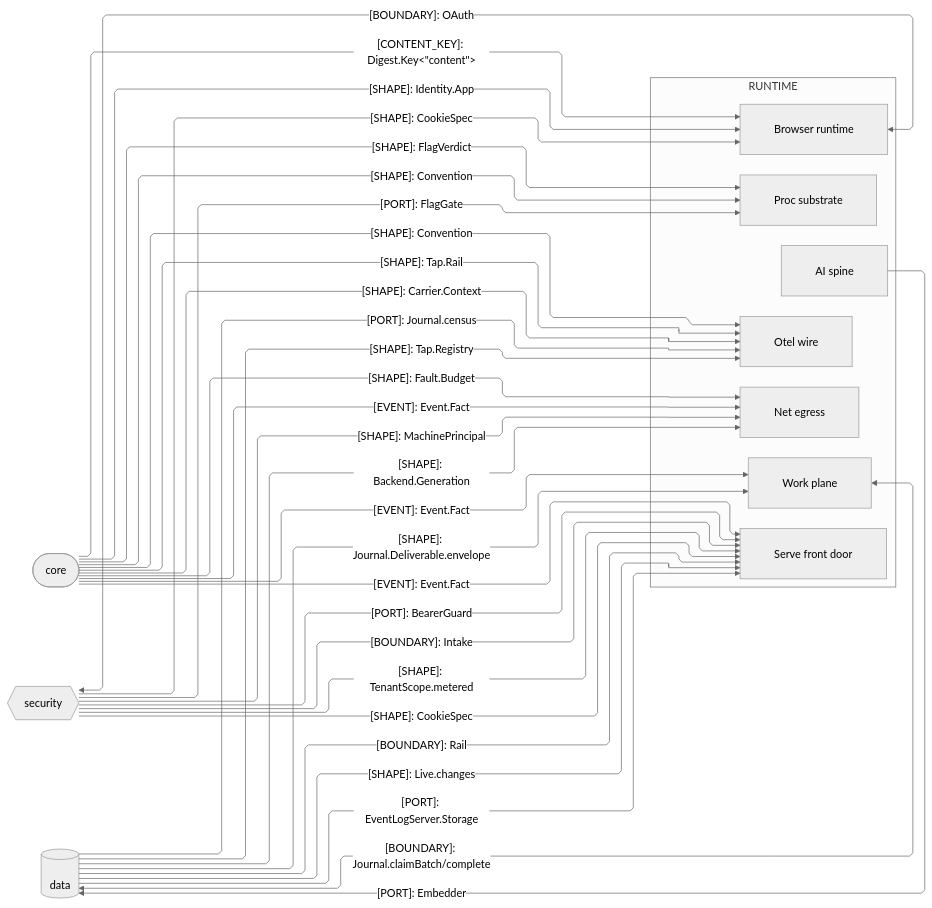
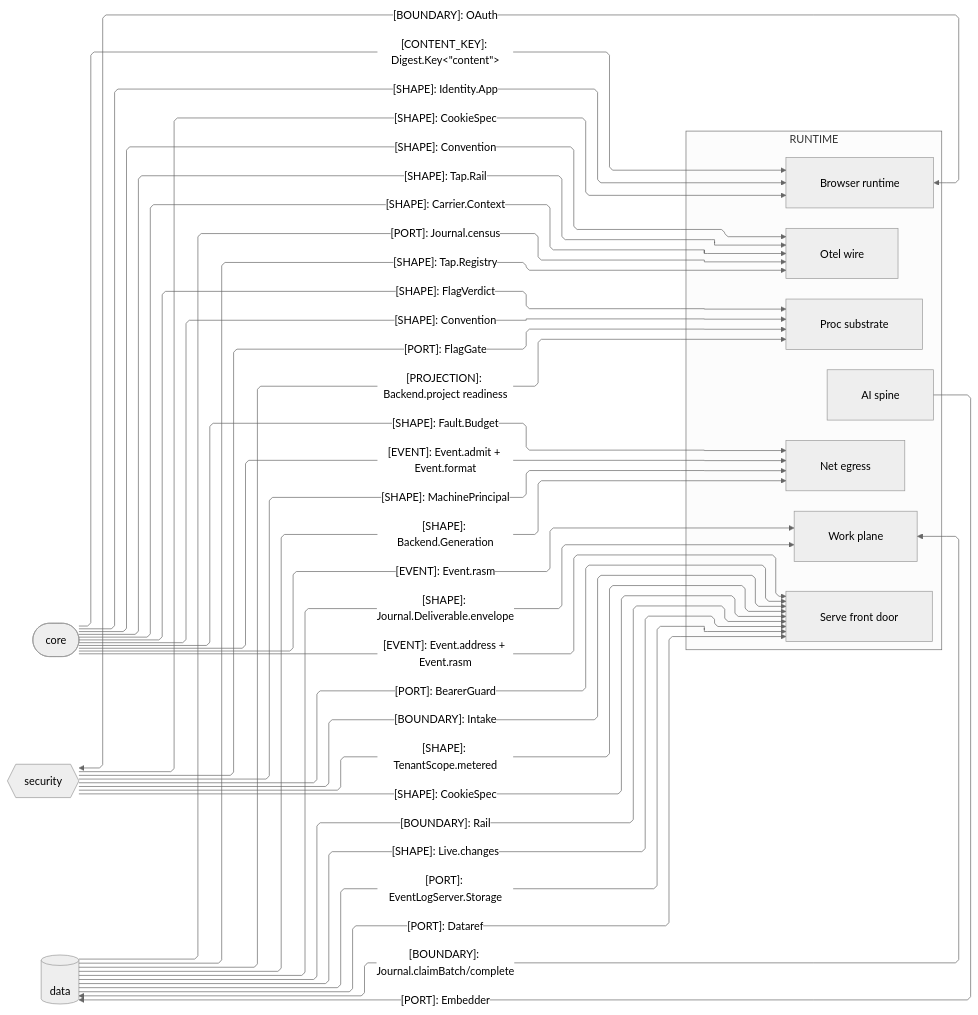
Before and after one commit to bsamiee/Rasm: the second of 4 diagrams in libs/typescript/runtime/ARCHITECTURE.md, drawn with Mermaid (neutral theme). The commit also changed other lines of this file and 820 other files, not shown here.

````diff
--- a/libs/typescript/runtime/ARCHITECTURE.md
+++ b/libs/typescript/runtime/ARCHITECTURE.md
@@ -119,52 +119,54 @@
 ```mermaid
 ---
 config:
   layout: elk
   flowchart:
     curve: linear
     padding: 25
 ---
 flowchart LR
     accTitle: Runtime domain-peer seam registry
     accDescr: Runtime owners exchanging flag, budget, convention, identity, custody, and tap shapes with the core, security, and data peers.
     subgraph runtime[RUNTIME]
         Proc[Proc substrate]
         Net[Net egress]
         Otel[Otel wire]
         Browser[Browser runtime]
         Serve[Serve front door]
         Work[Work plane]
         Ai[AI spine]
     end
     Core([core])
     Security{{security}}
     Data[(data)]
     Core e1@-->|"[SHAPE]: FlagVerdict"| Proc
     Core e2@-->|"[SHAPE]: Fault.Budget"| Net
     Core e3@-->|"[SHAPE]: Convention"| Otel
     Core e4@-->|"[CONTENT_KEY]: Digest.Key&lt;&quot;content&quot;&gt;"| Browser
     Core e14@-->|"[SHAPE]: Identity.App"| Browser
     Security e5@-->|"[SHAPE]: CookieSpec"| Browser
     Browser e6@<-->|"[BOUNDARY]: OAuth"| Security
     Security e7@-->|"[PORT]: BearerGuard"| Serve
     Security e8@-->|"[BOUNDARY]: Intake"| Serve
     Security e13@-->|"[PORT]: FlagGate"| Proc
     Data e9@-->|"[BOUNDARY]: Rail"| Serve
     Data e10@-->|"[SHAPE]: Live.changes"| Serve
     Work e11@<-->|"[BOUNDARY]: Journal.claimBatch/complete"| Data
     Ai e12@-->|"[PORT]: Embedder"| Data
     Data e15@-->|"[PORT]: Journal.census"| Otel
     Security e16@-->|"[SHAPE]: TenantScope.metered"| Serve
     Core e17@-->|"[SHAPE]: Tap.Rail"| Otel
     Data e18@-->|"[SHAPE]: Tap.Registry"| Otel
     Data e20@-->|"[SHAPE]: Journal.Deliverable.envelope"| Work
     Core e21@-->|"[SHAPE]: Carrier.Context"| Otel
     Data e22@-->|"[SHAPE]: Backend.Generation"| Net
+    Data e29@-->|"[PROJECTION]: Backend.project readiness"| Proc
     Core e23@-->|"[SHAPE]: Convention"| Proc
-    Core e24@-->|"[EVENT]: Event.Fact"| Net
-    Core e25@-->|"[EVENT]: Event.Fact"| Serve
-    Core e26@-->|"[EVENT]: Event.Fact"| Work
+    Core e24@-->|"[EVENT]: Event.admit + Event.format"| Net
+    Core e25@-->|"[EVENT]: Event.address + Event.rasm"| Serve
+    Core e26@-->|"[EVENT]: Event.rasm"| Work
     Security e27@-->|"[SHAPE]: CookieSpec"| Serve
     Security e28@-->|"[SHAPE]: MachinePrincipal"| Net
     Data e19@-->|"[PORT]: EventLogServer.Storage"| Serve
+    Data e30@-->|"[PORT]: Dataref"| Serve
 ```
````
